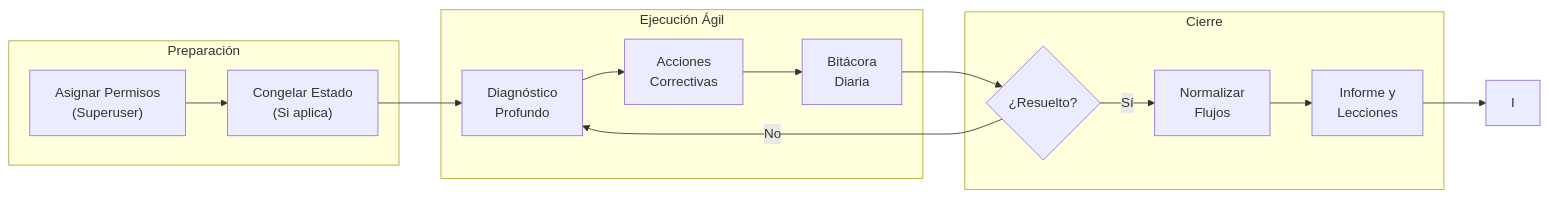
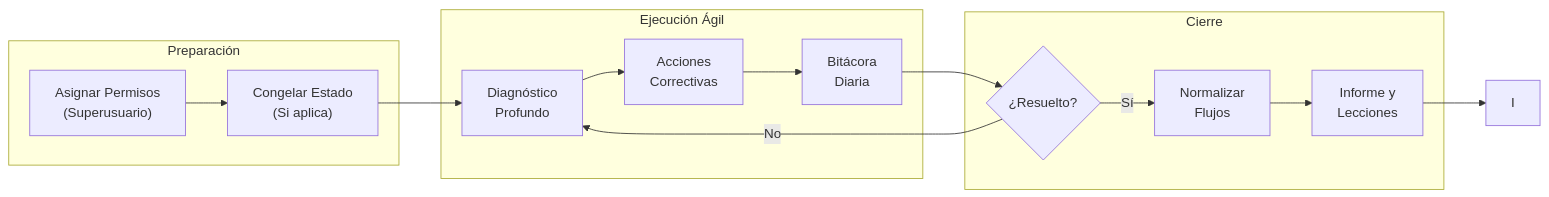
Before and after one commit to felix-antonio-sl/gore_os: the third of 3 diagrams in docs/blueprint/domains/domain_fenix.md, drawn with Mermaid. The commit also changed other lines of this file and 13 other files, not shown here.

````diff
--- a/docs/blueprint/domains/domain_fenix.md
+++ b/docs/blueprint/domains/domain_fenix.md
@@ -158,23 +157,23 @@
 ```mermaid
 flowchart LR
     subgraph PRE["Preparación"]
-        A["Asignar Permisos<br/>(Superuser)"]
+        A["Asignar Permisos<br/>(Superusuario)"]
         B["Congelar Estado<br/>(Si aplica)"]
     end
 
     subgraph EXEC["Ejecución Ágil"]
         C["Diagnóstico<br/>Profundo"]
         D["Acciones<br/>Correctivas"]
         E["Bitácora<br/>Diaria"]
     end
 
     subgraph POST["Cierre"]
         F{"¿Resuelto?"}
         G["Normalizar<br/>Flujos"]
         H["Informe y<br/>Lecciones"]
     end
 
     A --> B --> C --> D --> E --> F
     F -->|"No"| C
     F -->|"Sí"| G --> H --> I
 ```
````
